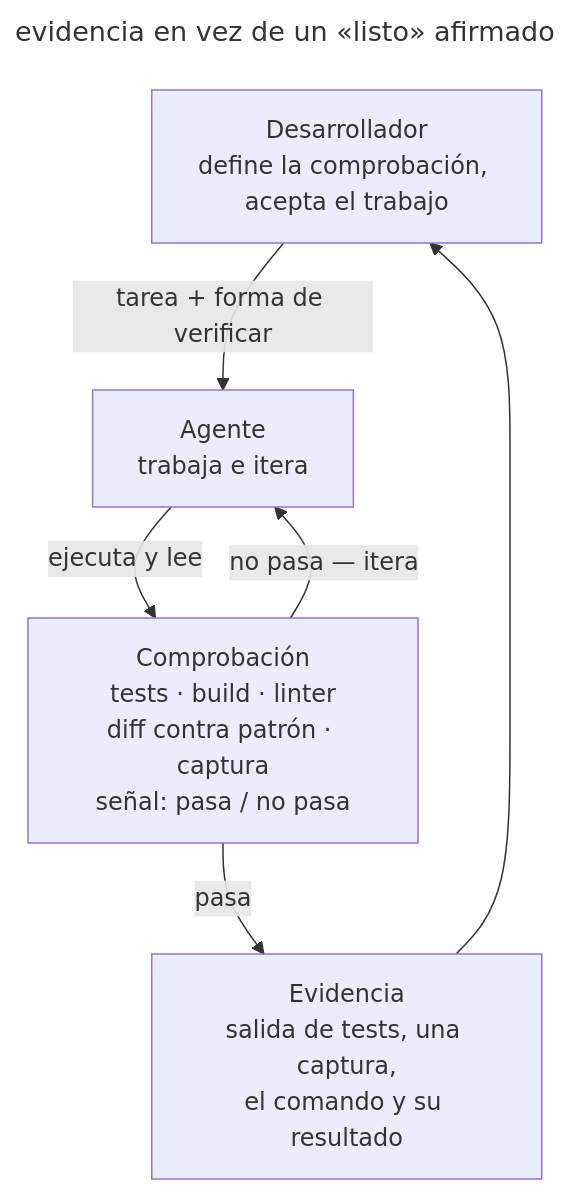
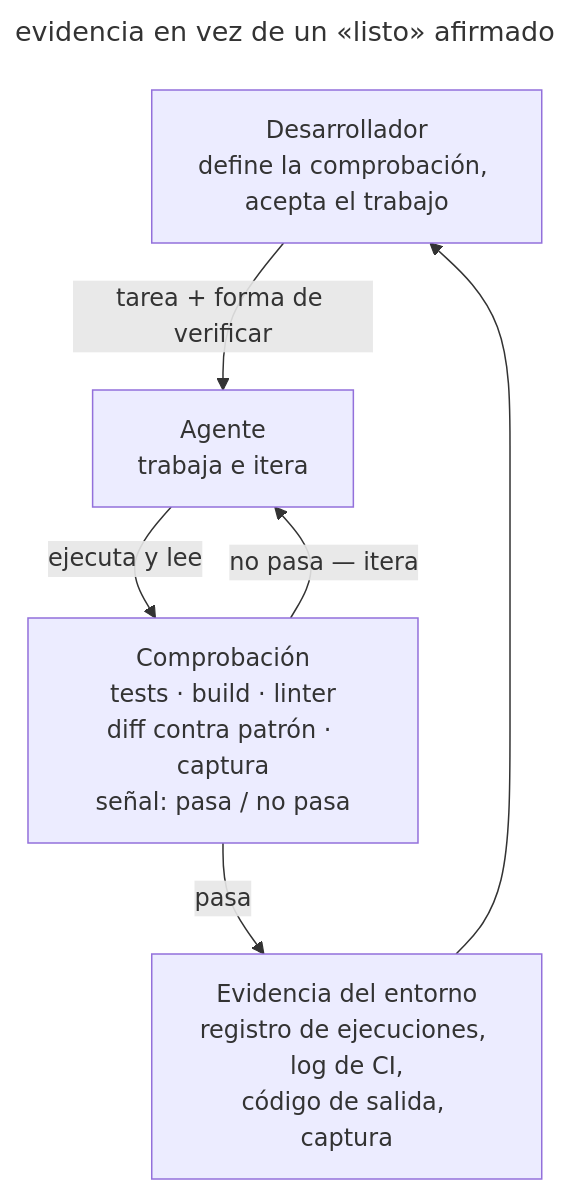
The diagram in book/es/give-agent-a-way-to-verify.md (Rastavelli/agentic-coding-design-patterns), drawn with Mermaid before and after one commit. The commit also changed other lines of this file and 2 other files, not shown here.

Commit message:
docs: require environment-recorded evidence in feedback loop

````diff
--- a/book/es/give-agent-a-way-to-verify.md
+++ b/book/es/give-agent-a-way-to-verify.md
@@ -70,15 +67,15 @@
 ```mermaid
 ---
 title: evidencia en vez de un «listo» afirmado
 ---
 flowchart TB
   dev["Desarrollador<br/>define la comprobación, acepta el trabajo"]:::accent
   agent["Agente<br/>trabaja e itera"]
   check["Comprobación<br/>tests · build · linter<br/>diff contra patrón · captura<br/>señal: pasa / no pasa"]
-  evidence["Evidencia<br/>salida de tests, una captura,<br/>el comando y su resultado"]:::accent
+  evidence["Evidencia del entorno<br/>registro de ejecuciones, log de CI,<br/>código de salida, captura"]:::accent
   dev -- "tarea + forma de verificar" --> agent
   agent -- "ejecuta y lee" --> check
   check -- "no pasa — itera" --> agent
   check -- "pasa" --> evidence
   evidence --> dev
 ```
````
